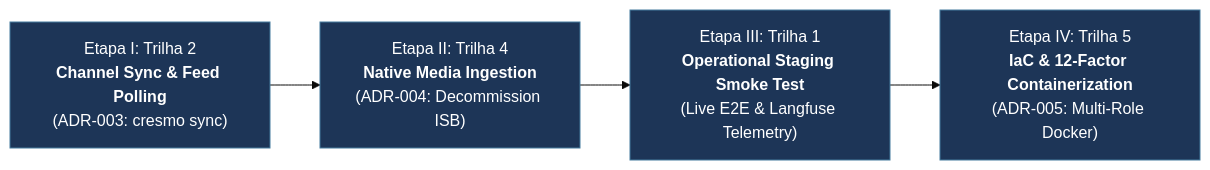
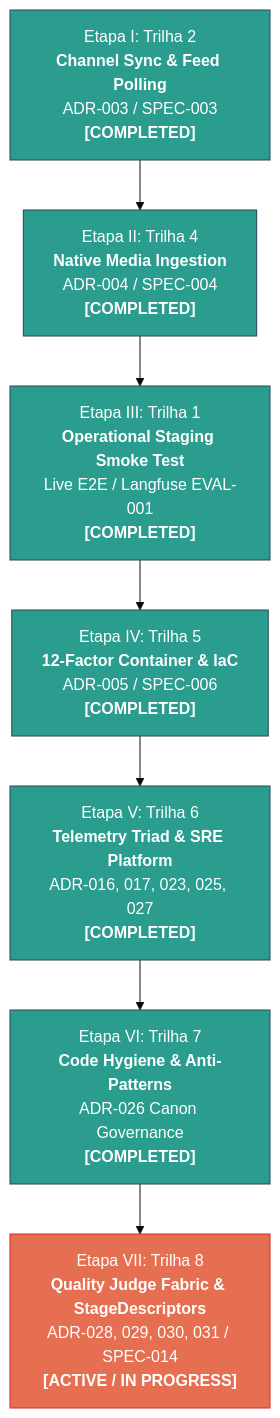
The diagram in docs/architecture/strategic_implementation_roadmap.md (faustostangler/PES), drawn with Mermaid (base theme) before and after one commit. The commit also changed other lines of this file and 39 other files, not shown here.

````diff
--- a/docs/architecture/strategic_implementation_roadmap.md
+++ b/docs/architecture/strategic_implementation_roadmap.md
@@ -16,10 +17,15 @@
 ```mermaid
-flowchart LR
-    T2["Etapa I: Trilha 2<br><b>Channel Sync & Feed Polling</b><br>(ADR-003: cresmo sync)"] --> 
-    T4["Etapa II: Trilha 4<br><b>Native Media Ingestion</b><br>(ADR-004: Decommission ISB)"] --> 
-    T1["Etapa III: Trilha 1<br><b>Operational Staging Smoke Test</b><br>(Live E2E & Langfuse Telemetry)"] --> 
-    T5["Etapa IV: Trilha 5<br><b>IaC & 12-Factor Containerization</b><br>(ADR-005: Multi-Role Docker)"]
+flowchart TD
+    T2["Etapa I: Trilha 2<br><b>Channel Sync & Feed Polling</b><br>ADR-003 / SPEC-003<br><b>[COMPLETED]</b>"] --> 
+    T4["Etapa II: Trilha 4<br><b>Native Media Ingestion</b><br>ADR-004 / SPEC-004<br><b>[COMPLETED]</b>"] --> 
+    T1["Etapa III: Trilha 1<br><b>Operational Staging Smoke Test</b><br>Live E2E / Langfuse EVAL-001<br><b>[COMPLETED]</b>"] --> 
+    T5["Etapa IV: Trilha 5<br><b>12-Factor Container & IaC</b><br>ADR-005 / SPEC-006<br><b>[COMPLETED]</b>"] -->
+    T6["Etapa V: Trilha 6<br><b>Telemetry Triad & SRE Platform</b><br>ADR-016, 017, 023, 025, 027<br><b>[COMPLETED]</b>"] -->
+    T7["Etapa VI: Trilha 7<br><b>Code Hygiene & Anti-Patterns</b><br>ADR-026 Canon Governance<br><b>[COMPLETED]</b>"] -->
+    T8["Etapa VII: Trilha 8<br><b>Quality Judge Fabric & StageDescriptors</b><br>ADR-028, 029, 030, 031 / SPEC-014<br><b>[ACTIVE / IN PROGRESS]</b>"]
 
-    classDef stage fill:#1d3557,stroke:#457b9d,color:#fff;
-    class T2,T4,T1,T5 stage;
+    classDef done fill:#2a9d8f,stroke:#264653,color:#fff;
+    classDef active fill:#e76f51,stroke:#d62828,color:#fff;
+    class T2,T4,T1,T5,T6,T7 done;
+    class T8 active;
 ```
````
